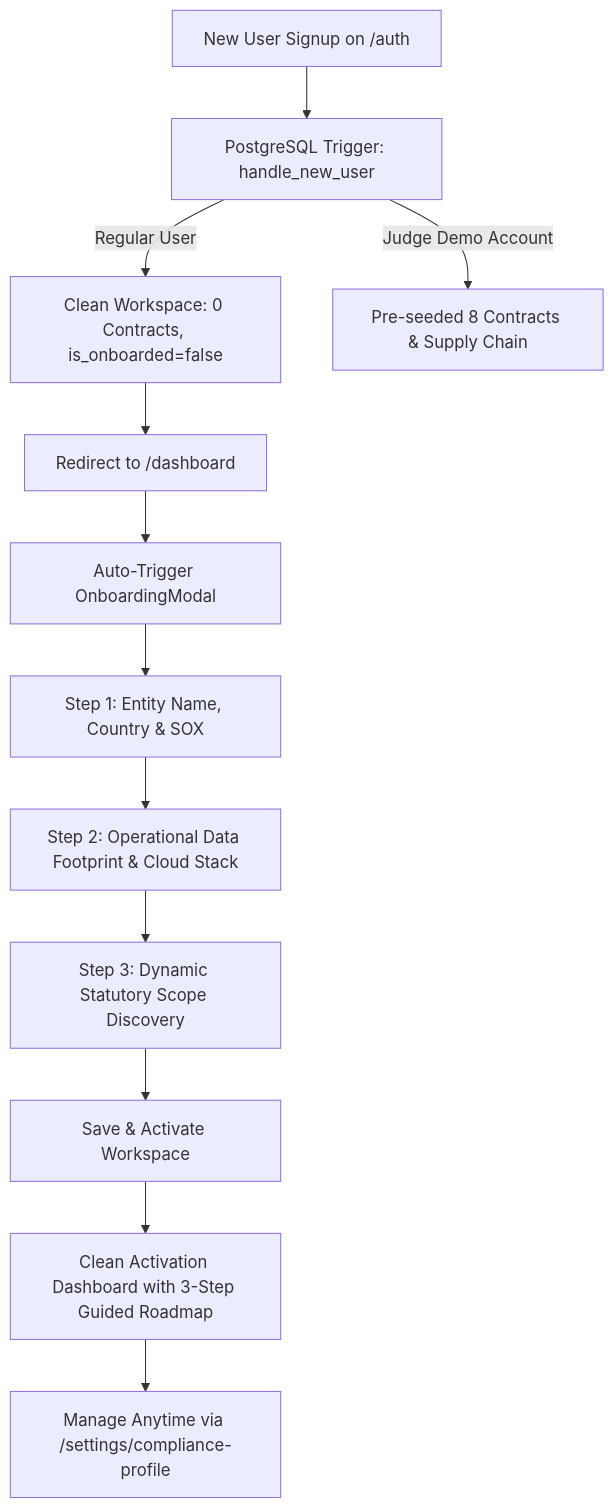
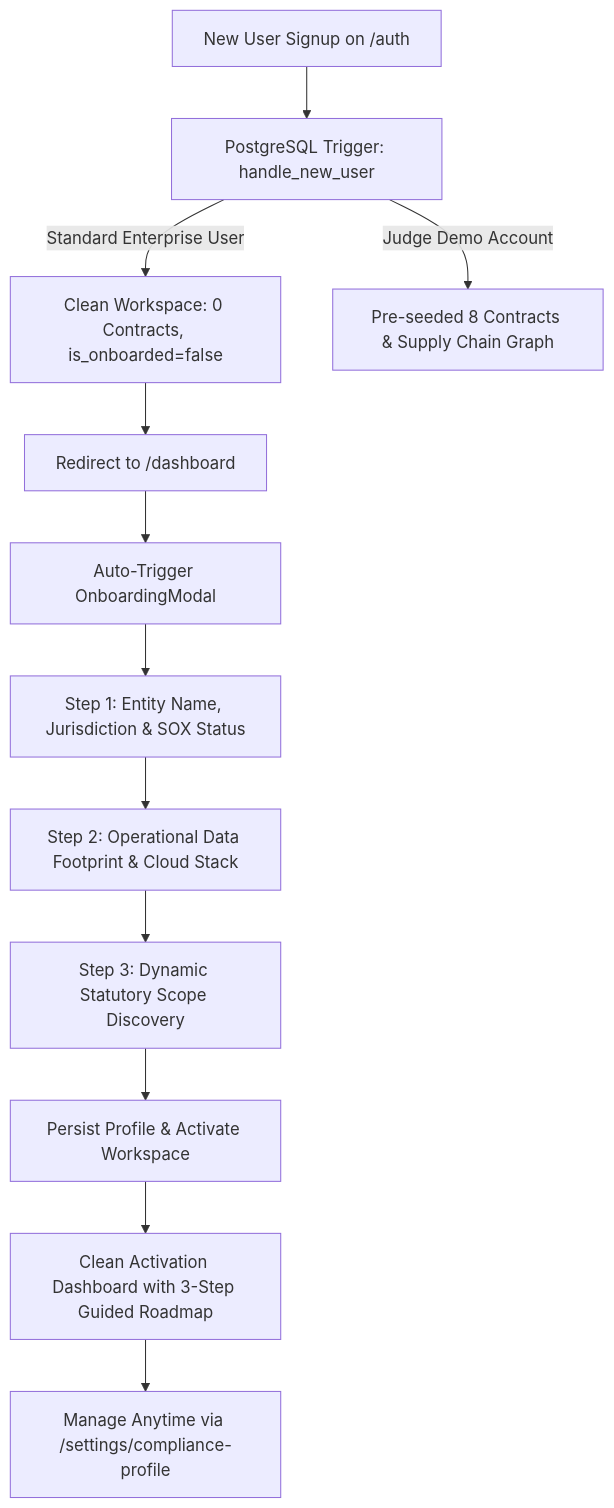
Before and after one commit to Tony1254-CS/clause-graph: the diagram in doc/ENTERPRISE_ONBOARDING_AND_STATUTORY_ENGINE.md, drawn with Mermaid. The commit also changed other lines of this file and 5 other files, not shown here.

````diff
--- a/doc/ENTERPRISE_ONBOARDING_AND_STATUTORY_ENGINE.md
+++ b/doc/ENTERPRISE_ONBOARDING_AND_STATUTORY_ENGINE.md
@@ -12,14 +12,14 @@
 ```mermaid
 flowchart TD
     A[New User Signup on /auth] --> B[PostgreSQL Trigger: handle_new_user]
-    B -->|Regular User| C[Clean Workspace: 0 Contracts, is_onboarded=false]
-    B -->|Judge Demo Account| D[Pre-seeded 8 Contracts & Supply Chain]
+    B -->|Standard Enterprise User| C[Clean Workspace: 0 Contracts, is_onboarded=false]
+    B -->|Judge Demo Account| D[Pre-seeded 8 Contracts & Supply Chain Graph]
     C --> E[Redirect to /dashboard]
     E --> F[Auto-Trigger OnboardingModal]
-    F --> G[Step 1: Entity Name, Country & SOX]
+    F --> G[Step 1: Entity Name, Jurisdiction & SOX Status]
     G --> H[Step 2: Operational Data Footprint & Cloud Stack]
     H --> I[Step 3: Dynamic Statutory Scope Discovery]
-    I --> J[Save & Activate Workspace]
+    I --> J[Persist Profile & Activate Workspace]
     J --> K[Clean Activation Dashboard with 3-Step Guided Roadmap]
     K --> L[Manage Anytime via /settings/compliance-profile]
 ```
````
